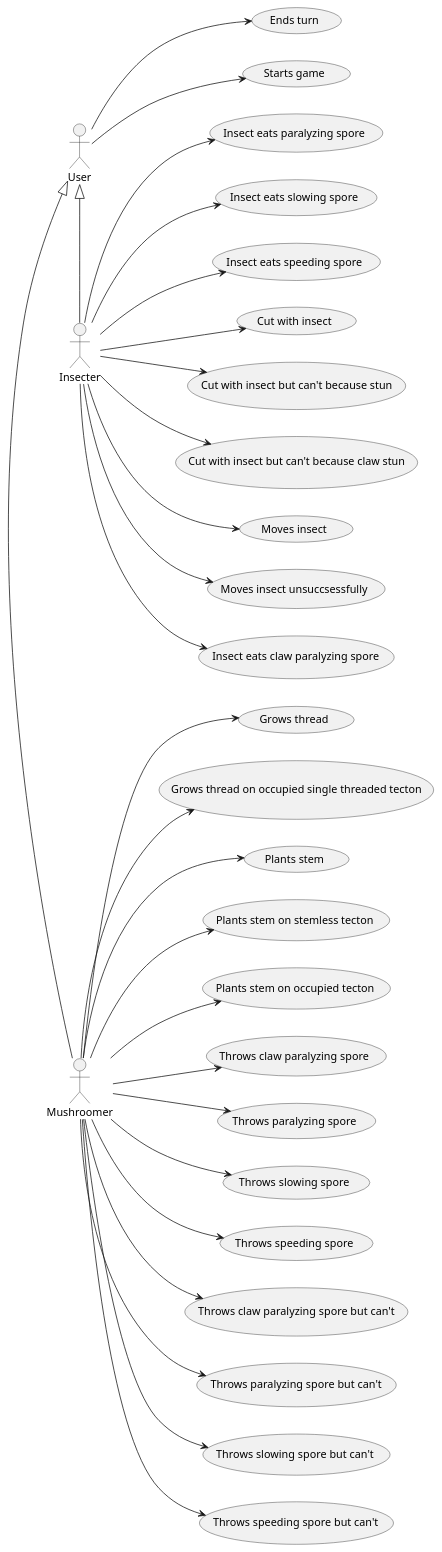
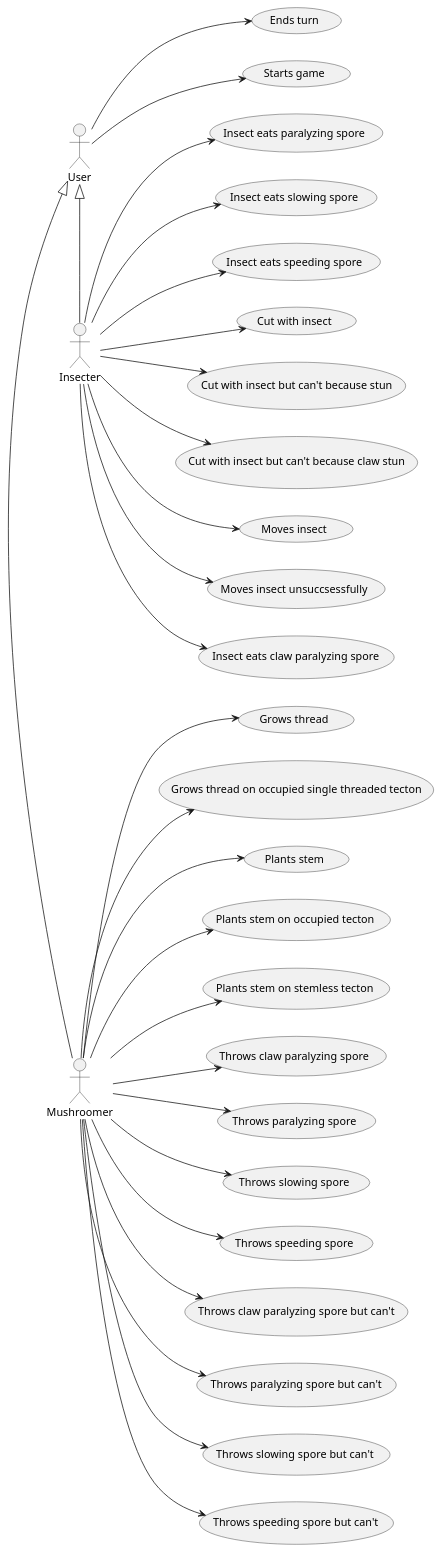
One commit to Petya-G/fungorium changed the diagram in 5/usecase/uc.puml. Above: the diagram before and after it, drawn with PlantUML. The commit also changed other lines of this file and 6 other files, not shown here.

Commit message:
even more sequences

```diff
--- a/5/usecase/uc.puml
+++ b/5/usecase/uc.puml
@@ -1,39 +1,39 @@
 @startuml player
 
 Mushroomer -left-|> User
 Insecter -left-|> User
 
 left to right direction
 User --> (Ends turn)
 User --> (Starts game)
 
 Mushroomer --> (Plants stem)
+Mushroomer --> (Plants stem on occupied tecton)
 Mushroomer --> (Plants stem on stemless tecton)
-Mushroomer --> (Plants stem on occupied tecton)
 'Mushroomer --> (Levels up stem)
 Mushroomer --> (Throws claw paralyzing spore)
 Mushroomer --> (Throws paralyzing spore)
 Mushroomer --> (Throws slowing spore)
 Mushroomer --> (Throws speeding spore)
 
 Mushroomer --> (Throws claw paralyzing spore but can't)
 Mushroomer --> (Throws paralyzing spore but can't)
 Mushroomer --> (Throws slowing spore but can't)
 Mushroomer --> (Throws speeding spore but can't)
 
 Mushroomer --> (Grows thread)
 Mushroomer --> (Grows thread on occupied single threaded tecton)
 
 Insecter --> (Moves insect)
 Insecter --> (Moves insect unsuccsessfully)
 
 Insecter --> (Insect eats claw paralyzing spore)
 Insecter --> (Insect eats paralyzing spore)
 Insecter --> (Insect eats slowing spore)
 Insecter --> (Insect eats speeding spore)
 
 Insecter --> (Cut with insect)
 Insecter --> (Cut with insect but can't because stun)
 Insecter --> (Cut with insect but can't because claw stun)
 
 @enduml
```
